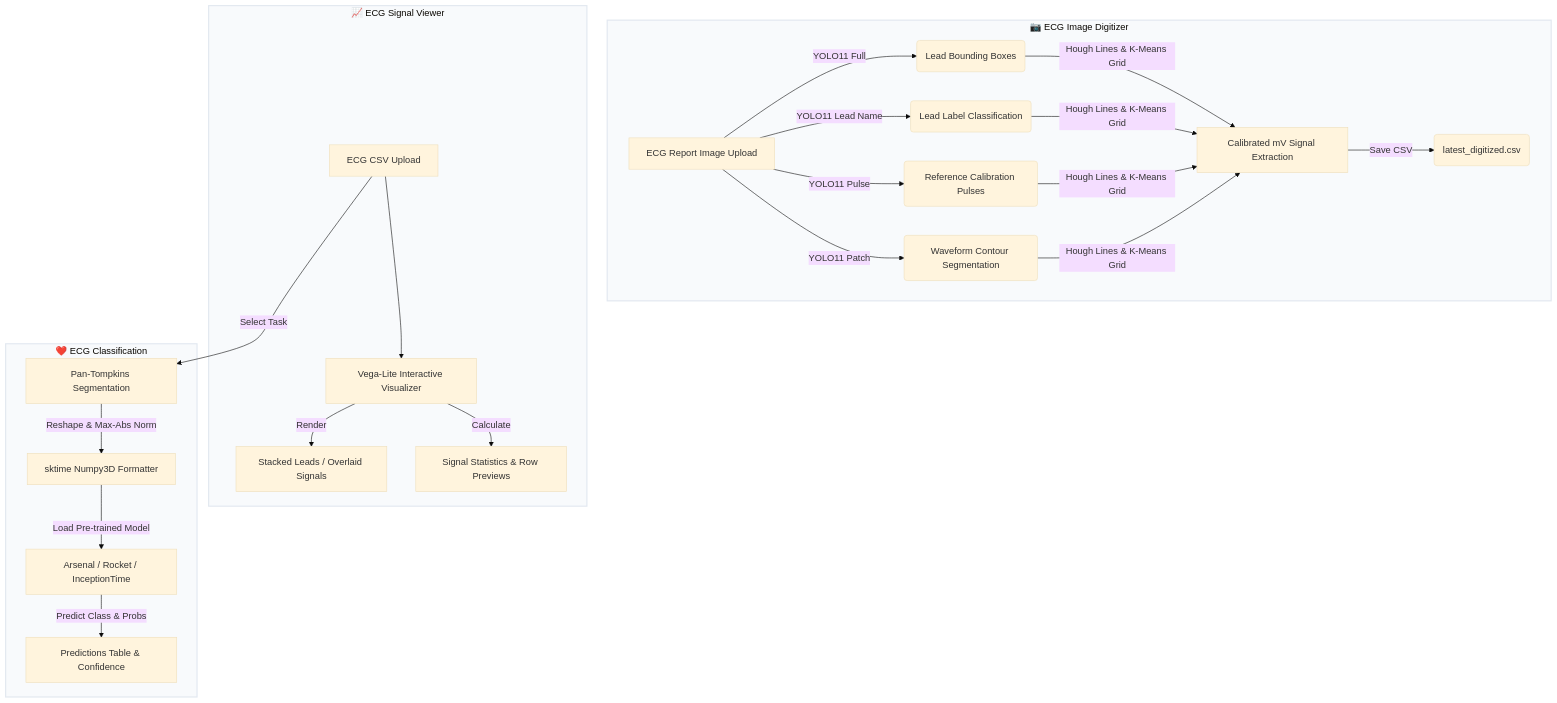
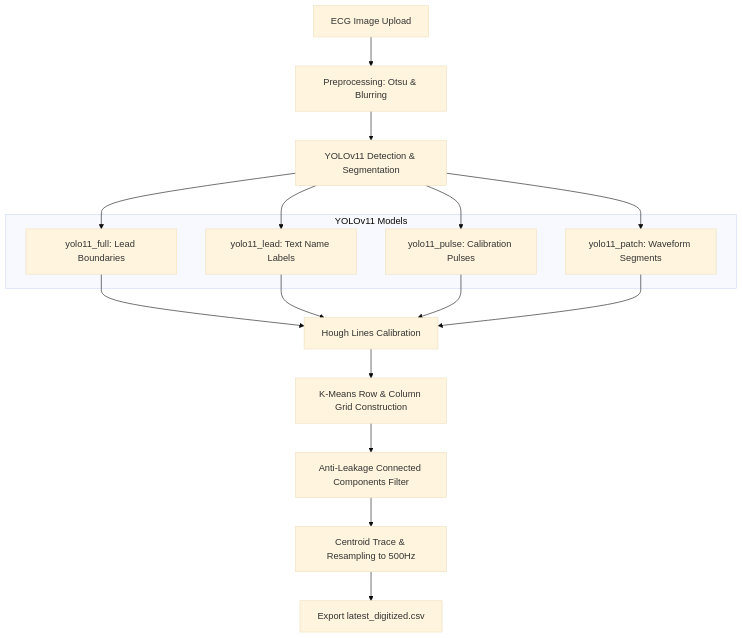
The first of 4 diagrams in README.md (nshreyasvi/ECGLight), drawn with Mermaid (base theme) before and after one commit. The commit also changed other lines of this file, not shown here.

````diff
--- a/README.md
+++ b/README.md
@@ -45,36 +171,17 @@
 ```mermaid
 graph TD
-    %% Styling
-    classDef pageStyle fill:#F8FAFC,stroke:#E2E8F0,stroke-width:2px;
-    classDef procStyle fill:#F0FDFA,stroke:#0D9488,stroke-width:2px;
-    classDef modelStyle fill:#FEF2F2,stroke:#EF4444,stroke-width:2px;
-
-    %% Image Digitizer Page
-    subgraph Page1 [📷 ECG Image Digitizer]
-        A[ECG Report Image Upload] -->|YOLO11 Full| B(Lead Bounding Boxes)
-        A -->|YOLO11 Lead Name| C(Lead Label Classification)
-        A -->|YOLO11 Pulse| D(Reference Calibration Pulses)
-        A -->|YOLO11 Patch| E(Waveform Contour Segmentation)
-        
-        B & C & D & E -->|Hough Lines & K-Means Grid| F[Calibrated mV Signal Extraction]
-        F -->|Save CSV| G(latest_digitized.csv)
+    A[ECG Image Upload] --> B[Preprocessing: Otsu & Blurring]
+    B --> C[YOLOv11 Detection & Segmentation]
+    subgraph YOLOv11 Models
+        C1[yolo11_full: Lead Boundaries]
+        C2[yolo11_lead: Text Name Labels]
+        C3[yolo11_pulse: Calibration Pulses]
+        C4[yolo11_patch: Waveform Segments]
     end
-    class Page1 pageStyle;
-
-    %% Signal Viewer Page
-    subgraph Page2 [📈 ECG Signal Viewer]
-        I[ECG CSV Upload] --> H[Vega-Lite Interactive Visualizer]
-        H -->|Render| J[Stacked Leads / Overlaid Signals]
-        H -->|Calculate| K[Signal Statistics & Row Previews]
-    end
-    class Page2 pageStyle;
-
-    %% Classification Page
-    subgraph Page3 [❤️ ECG Classification]
-        I -->|Select Task| L[Pan-Tompkins Segmentation]
-        L -->|Reshape & Max-Abs Norm| M[sktime Numpy3D Formatter]
-        M -->|Load Pre-trained Model| N[Arsenal / Rocket / InceptionTime]
-        N -->|Predict Class & Probs| O[Predictions Table & Confidence]
-    end
-    class Page3 pageStyle;
+    C --> C1 & C2 & C3 & C4
+    C1 & C2 & C3 & C4 --> D[Hough Lines Calibration]
+    D --> E[K-Means Row & Column Grid Construction]
+    E --> F[Anti-Leakage Connected Components Filter]
+    F --> G[Centroid Trace & Resampling to 500Hz]
+    G --> H[Export latest_digitized.csv]
 ```
````
